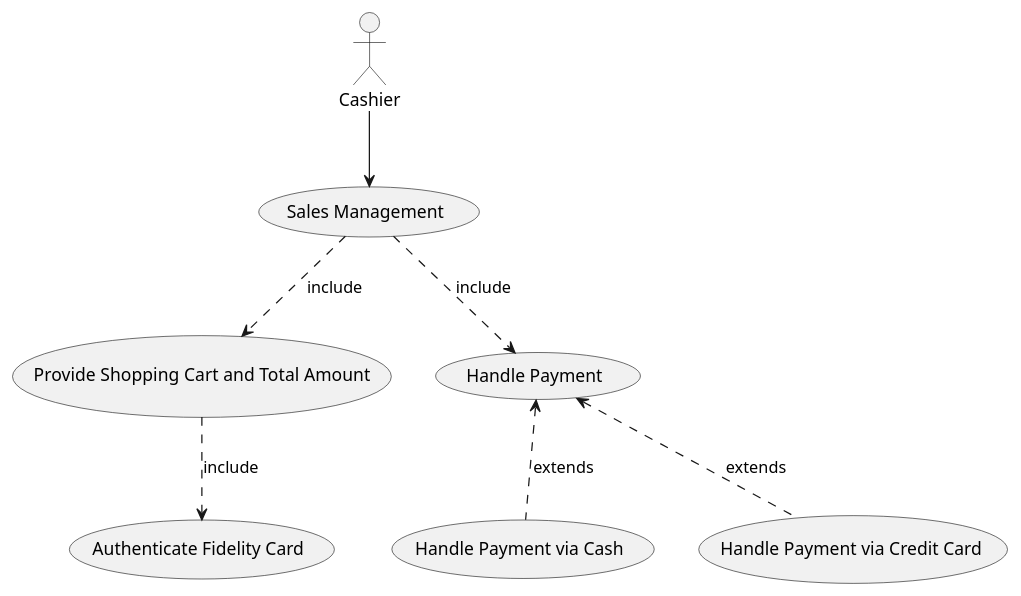
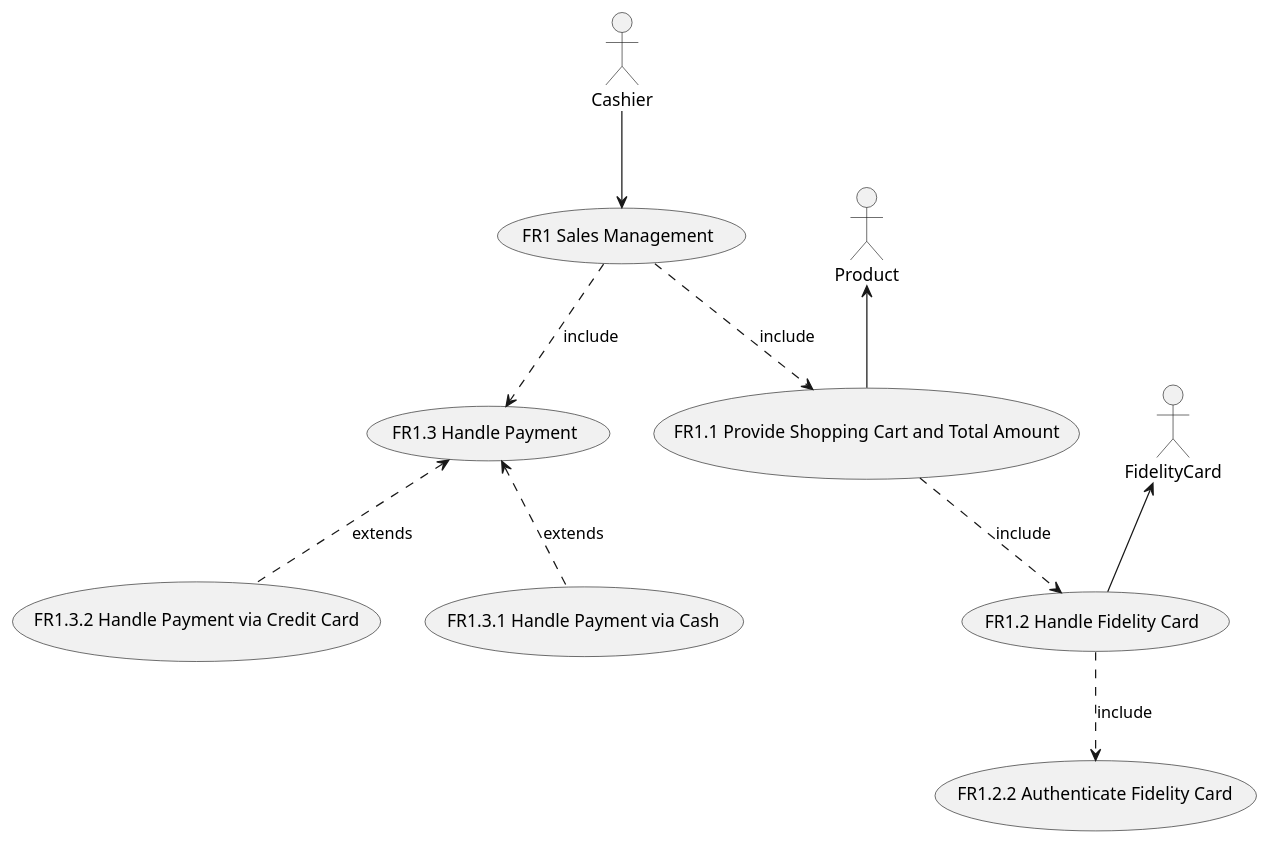
The third of 11 diagrams in Deliverables/RequirementsDocument.md (Stormz4/group20-EzShop), drawn with PlantUML before and after one commit. The commit also changed other lines of this file, not shown here.

Commit message:
Doc: Fixed UCD and FR for Sales Management

```diff
--- a/Deliverables/RequirementsDocument.md
+++ b/Deliverables/RequirementsDocument.md
@@ -278,8 +279,11 @@
 @startuml
-:Cashier:     --> (Sales Management)
-(Sales Management) ..> (Provide Shopping Cart and Total Amount) : include
-(Provide Shopping Cart and Total Amount) ..> (Authenticate Fidelity Card) : include
-(Sales Management) ..> (Handle Payment) : include
-(Handle Payment) <.. (Handle Payment via Cash) : extends
-(Handle Payment) <.. (Handle Payment via Credit Card) : extends
+:Cashier:     --> (FR1 Sales Management)
+:Product:     <-- (FR1.1 Provide Shopping Cart and Total Amount)
+:FidelityCard: <-- (FR1.2 Handle Fidelity Card)
+(FR1 Sales Management) ..> (FR1.1 Provide Shopping Cart and Total Amount) : include
+(FR1.1 Provide Shopping Cart and Total Amount) ..> (FR1.2 Handle Fidelity Card) : include
+(FR1.2 Handle Fidelity Card) ..> (FR1.2.2 Authenticate Fidelity Card) : include
+(FR1 Sales Management) ..> (FR1.3 Handle Payment) : include
+(FR1.3 Handle Payment) <.. (FR1.3.1 Handle Payment via Cash) : extends
+(FR1.3 Handle Payment) <.. (FR1.3.2 Handle Payment via Credit Card) : extends
 @enduml
```
